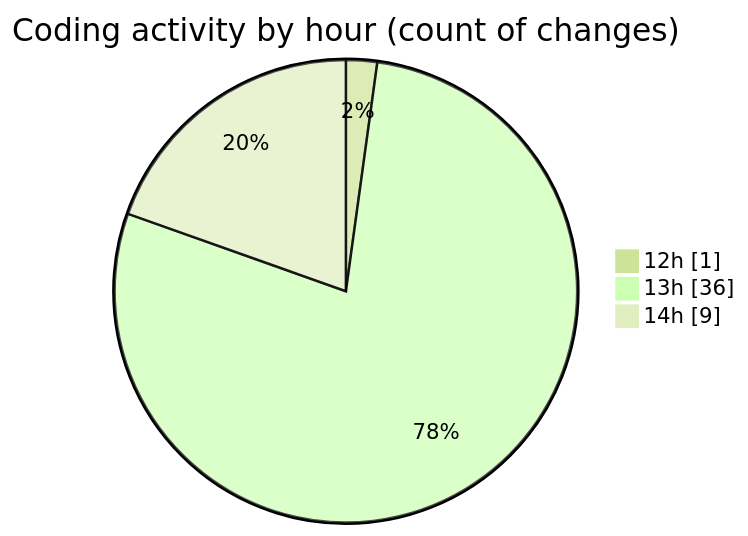
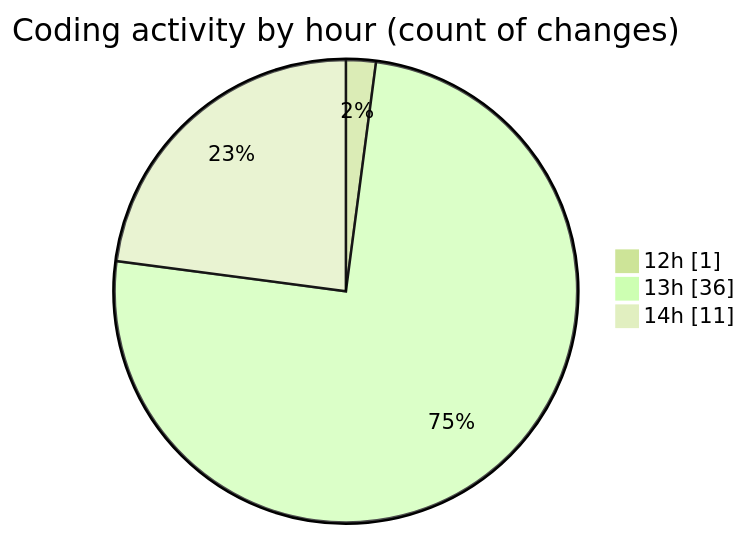
The second of 2 diagrams in 2026-02-03/cda/README.md (momahboobian/code-tracking), drawn with Mermaid (forest theme) before and after one commit. The commit also changed other lines of this file and 1 other file, not shown here.

````diff
--- a/2026-02-03/cda/README.md
+++ b/2026-02-03/cda/README.md
@@ -38,7 +38,7 @@
 ```mermaid
 pie showData
 title Coding activity by hour (count of changes)
 "12h" : 1
 "13h" : 36
-"14h" : 9
+"14h" : 11
 ```
````
